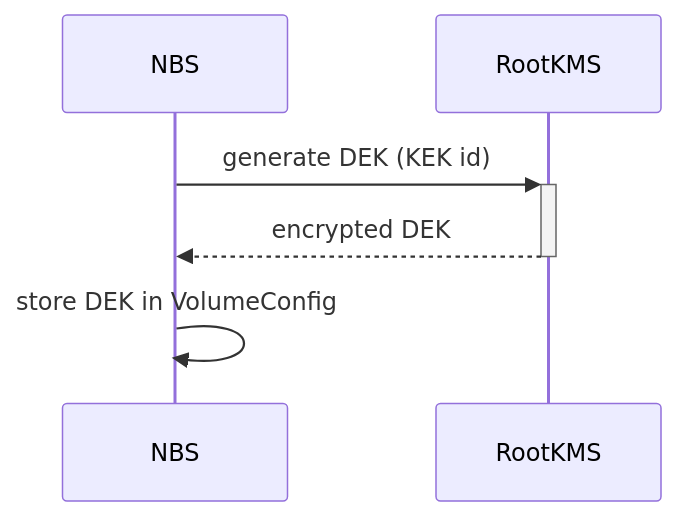
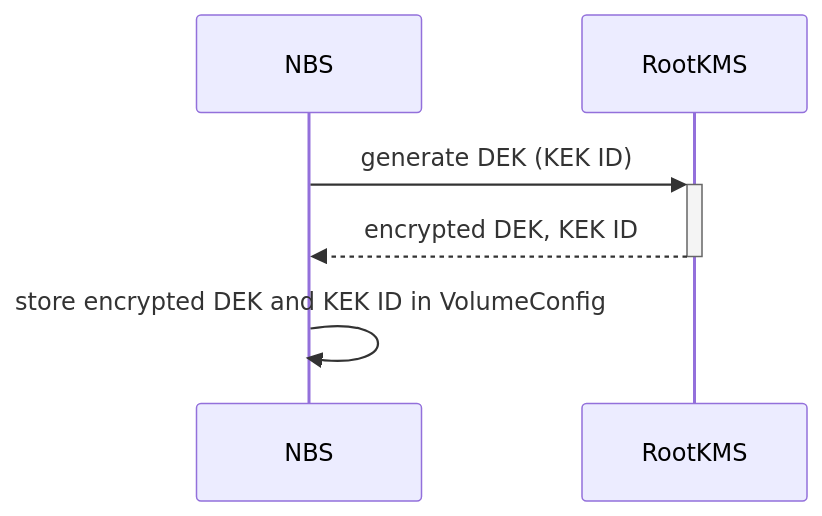
Before and after one commit to ydb-platform/nbs: the first of 2 diagrams in doc/blockstore/storage/encryption-at-rest.md, drawn with Mermaid. The commit also changed other lines of this file, not shown here.

Commit message:
[NBS] Clarify Root KMS encryption flow and key rotation

````diff
--- a/doc/blockstore/storage/encryption-at-rest.md
+++ b/doc/blockstore/storage/encryption-at-rest.md
@@ -9,9 +15,9 @@
 ```mermaid
 sequenceDiagram
     participant NBS
     participant RootKMS
-    
-    NBS->>+RootKMS: generate DEK (KEK id)
-    RootKMS-->>-NBS: encrypted DEK
-    NBS->>NBS: store DEK in VolumeConfig
+
+    NBS->>+RootKMS: generate DEK (KEK ID)
+    RootKMS-->>-NBS: encrypted DEK, KEK ID
+    NBS->>NBS: store encrypted DEK and KEK ID in VolumeConfig
 ```
````
